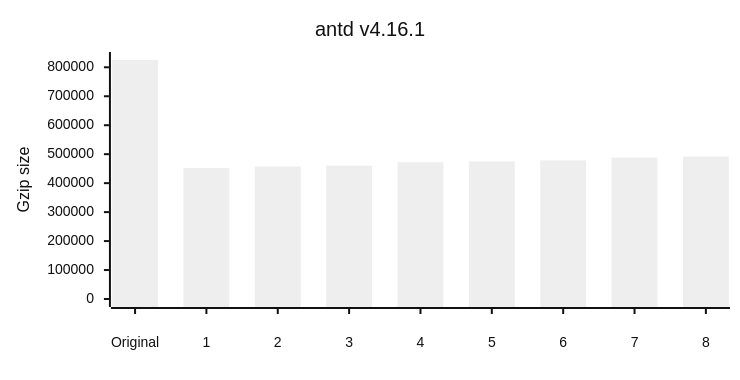
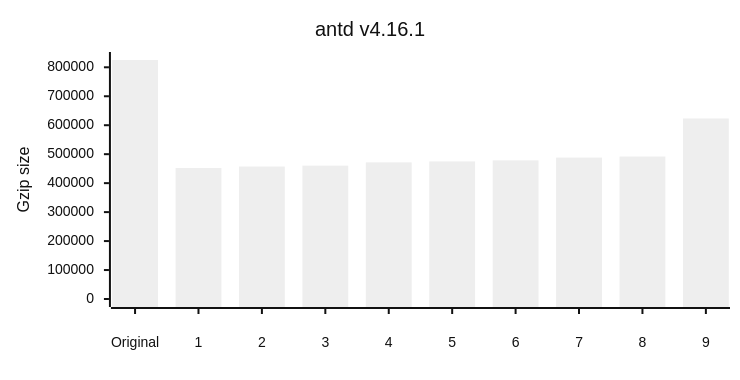
Before and after one commit to privatenumber/minification-benchmarks: diagram 11 of 12 in README.md, drawn with Mermaid (neutral theme). The commit also changed other lines of this file and 1 other file, not shown here.

````diff
--- a/README.md
+++ b/README.md
@@ -477,17 +488,17 @@
 ```mermaid
 ---
 config:
     xyChart:
         width: 720
         height: 360
         xAxis:
             labelPadding: 20
         yAxis:
             labelPadding: 10
 ---
 xychart-beta
 	title "antd v4.16.1"
-	x-axis ["Original",1,2,3,4,5,6,7,8]
+	x-axis ["Original",1,2,3,4,5,6,7,8,9]
 	y-axis "Gzip size" 0 --> 825175
-	bar [825175,452399,457352,460512,471791,474973,478572,488279,491833]
+	bar [825175,452399,457352,460512,471791,474973,478572,488279,491833,623370]
 ```
````
